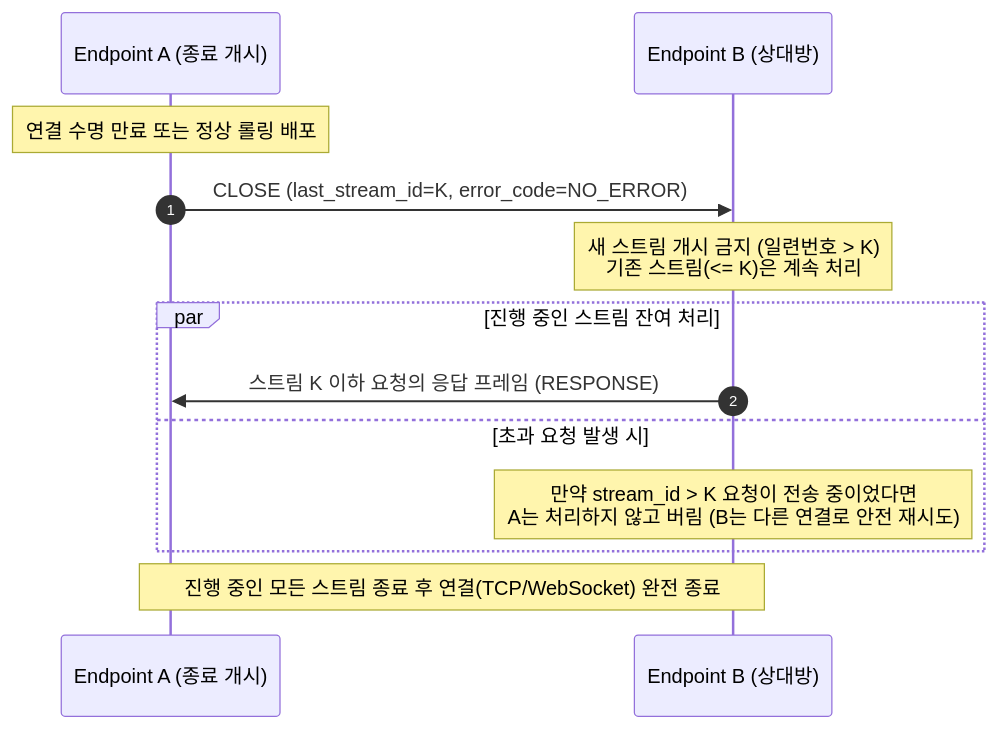
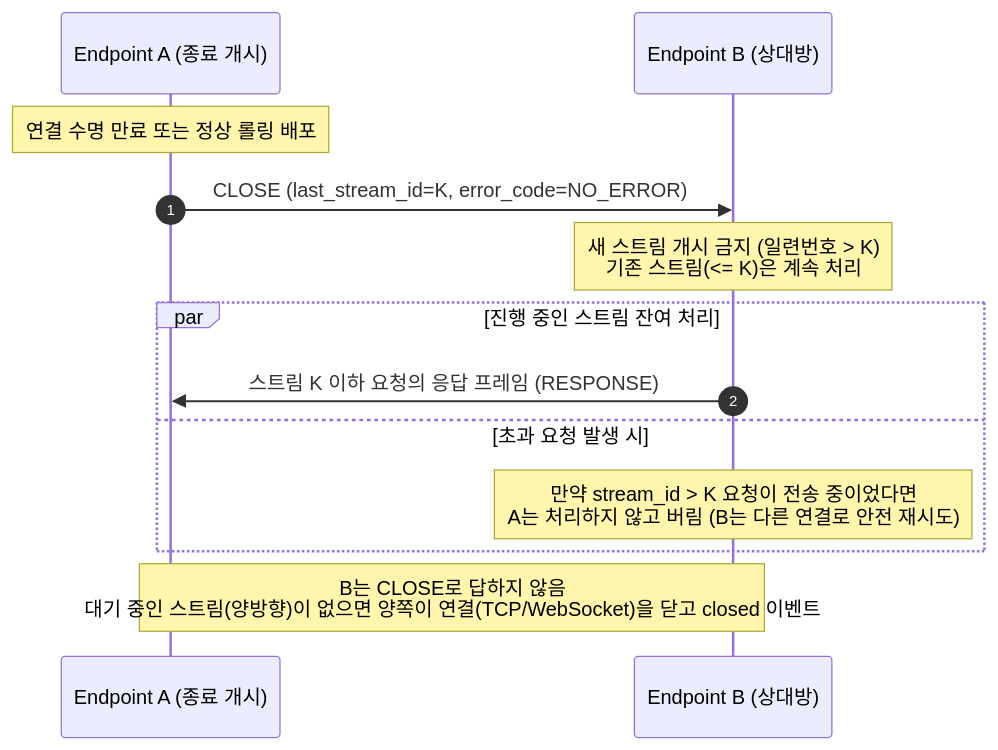
The second of 3 diagrams in docs/specification/STRAND_SPECIFICATION.md (ppzxc/strand), drawn with Mermaid before and after one commit. The commit also changed other lines of this file and 4 other files, not shown here.

````diff
--- a/docs/specification/STRAND_SPECIFICATION.md
+++ b/docs/specification/STRAND_SPECIFICATION.md
@@ -516,19 +526,19 @@
 ```mermaid
 sequenceDiagram
     autonumber
     participant A as Endpoint A (종료 개시)
     participant B as Endpoint B (상대방)
 
     Note over A: 연결 수명 만료 또는 정상 롤링 배포
     A->>B: CLOSE (last_stream_id=K, error_code=NO_ERROR)
     
     Note over B: 새 스트림 개시 금지 (일련번호 > K)<br/>기존 스트림(<= K)은 계속 처리
     
     par 진행 중인 스트림 잔여 처리
         B->>A: 스트림 K 이하 요청의 응답 프레임 (RESPONSE)
     and 초과 요청 발생 시
         Note over B: 만약 stream_id > K 요청이 전송 중이었다면<br/>A는 처리하지 않고 버림 (B는 다른 연결로 안전 재시도)
     end
     
-    Note over A,B: 진행 중인 모든 스트림 종료 후 연결(TCP/WebSocket) 완전 종료
+    Note over A,B: B는 CLOSE로 답하지 않음<br/>대기 중인 스트림(양방향)이 없으면 양쪽이 연결(TCP/WebSocket)을 닫고 closed 이벤트
 ```
````
